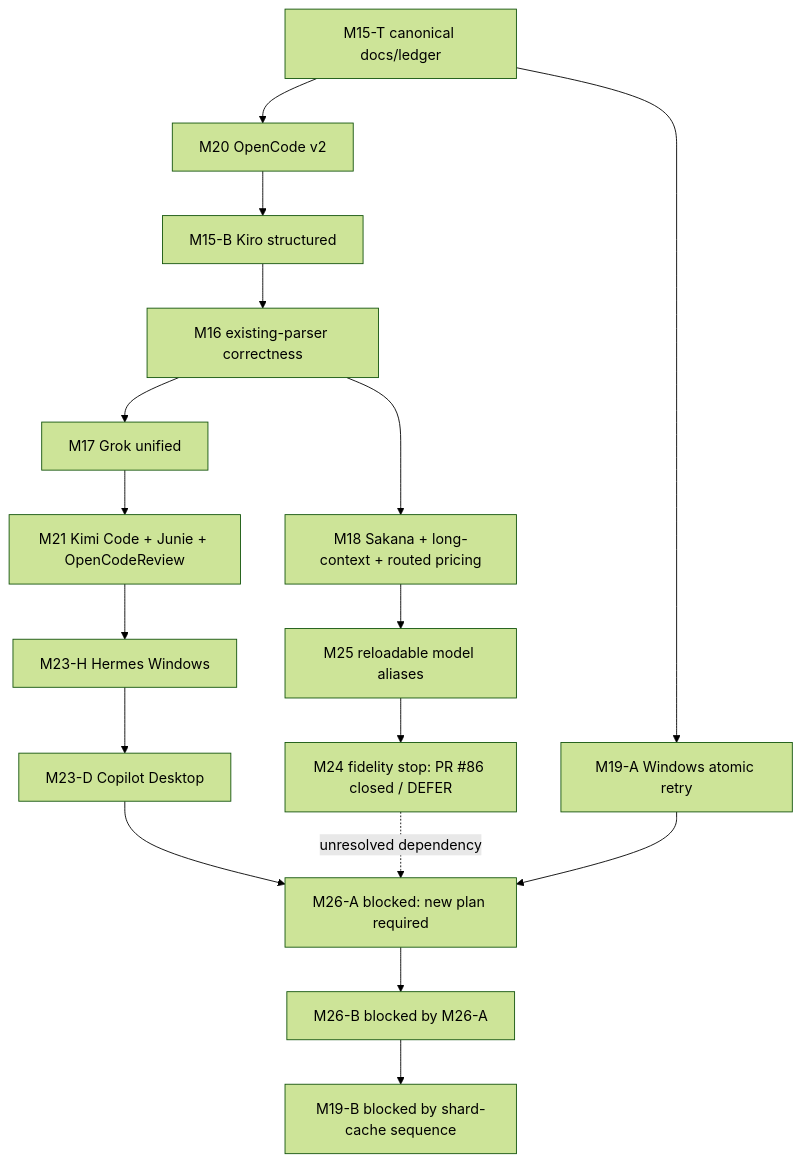
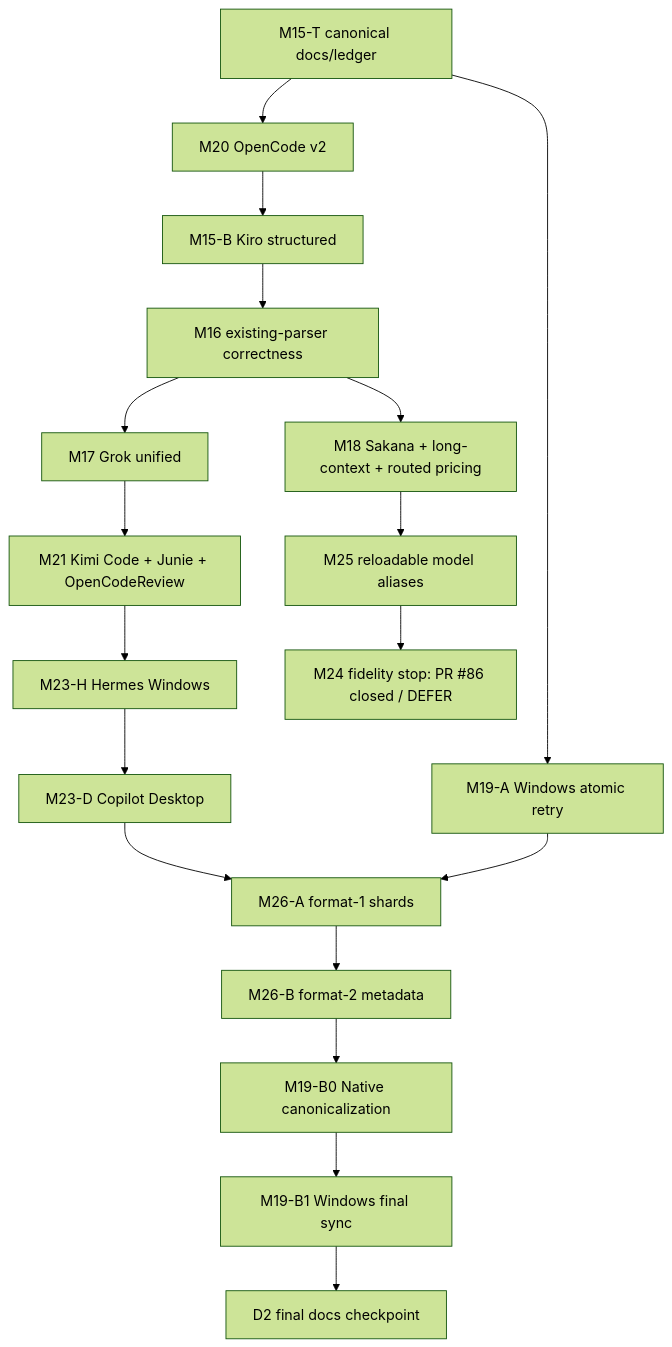
The first of 2 diagrams in docs/knowledge/plans/tokscale-alignment.md (Nanako0129/TokenBar), drawn with Mermaid (forest theme) before and after one commit. The commit also changed other lines of this file and 5 other files, not shown here.

````diff
--- a/docs/knowledge/plans/tokscale-alignment.md
+++ b/docs/knowledge/plans/tokscale-alignment.md
@@ -78,23 +78,24 @@
 ```mermaid
 flowchart TD
     T[M15-T canonical docs/ledger] --> O[M20 OpenCode v2]
     O --> K[M15-B Kiro structured]
     K --> C[M16 existing-parser correctness]
 
     C --> G[M17 Grok unified]
     G --> N1[M21 Kimi Code + Junie + OpenCodeReview]
     N1 --> H[M23-H Hermes Windows]
     H --> D[M23-D Copilot Desktop]
 
     C --> P[M18 Sakana + long-context + routed pricing]
     P --> A[M25 reloadable model aliases]
     A --> W[M24 fidelity stop: PR #86 closed / DEFER]
 
     T --> F[M19-A Windows atomic retry]
 
-    D --> SA[M26-A blocked: new plan required]
-    W -. unresolved dependency .-> SA
+    D --> SA[M26-A format-1 shards]
     F --> SA
-    SA --> SB[M26-B blocked by M26-A]
-    SB --> WS[M19-B blocked by shard-cache sequence]
+    SA --> SB[M26-B format-2 metadata]
+    SB --> W0[M19-B0 Native canonicalization]
+    W0 --> W1[M19-B1 Windows final sync]
+    W1 --> D2[D2 final docs checkpoint]
 ```
````
